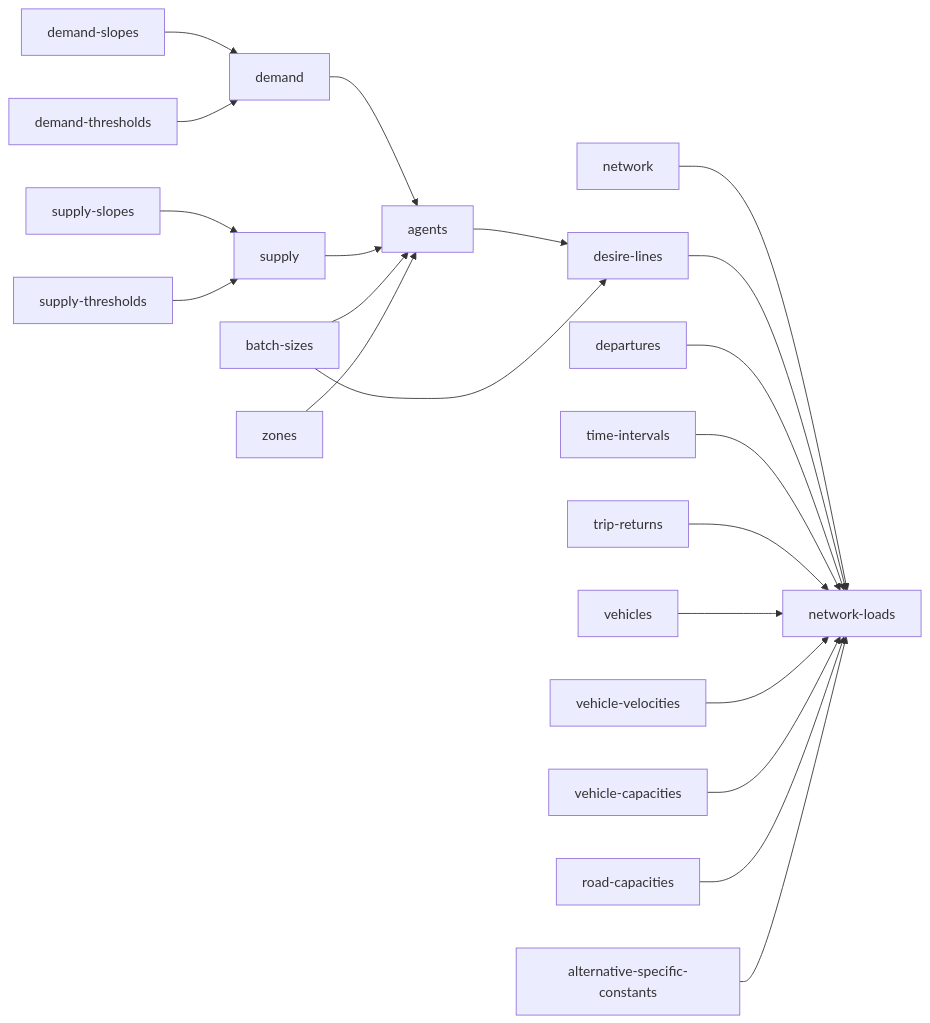
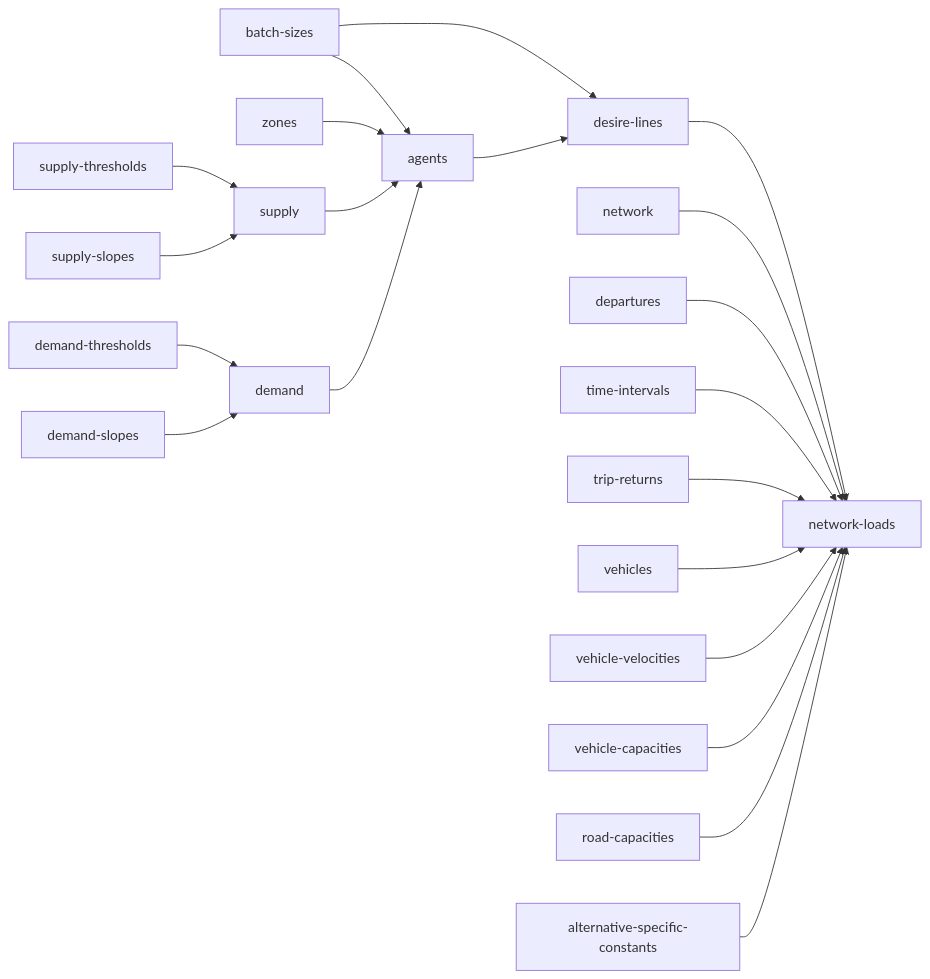
Before and after one commit to hcubasd/urban-dollop: the diagram in README.md, drawn with Mermaid. The commit also changed other lines of this file, not shown here.

Commit message:
Reorder README diagram edges to reduce arrow crossings

````diff
--- a/README.md
+++ b/README.md
@@ -3,23 +3,23 @@
 ```mermaid
 flowchart LR
+    batch_sizes[batch-sizes] --> agents
+    zones[zones] --> agents
     demand_slopes[demand-slopes] --> demand[demand]
     demand_thresholds[demand-thresholds] --> demand
     supply_slopes[supply-slopes] --> supply[supply]
     supply_thresholds[supply-thresholds] --> supply
     demand --> agents[agents]
     supply --> agents
-    batch_sizes[batch-sizes] --> agents
-    zones[zones] --> agents
     agents --> desire_lines[desire-lines]
     batch_sizes --> desire_lines
+    desire_lines --> network_loads
     network[network] --> network_loads[network-loads]
-    desire_lines --> network_loads
     departures[departures] --> network_loads
     time_intervals[time-intervals] --> network_loads
     trip_returns[trip-returns] --> network_loads
     vehicles[vehicles] --> network_loads
     vehicle_velocities[vehicle-velocities] --> network_loads
     vehicle_capacities[vehicle-capacities] --> network_loads
     road_capacities[road-capacities] --> network_loads
     alternative_specific_constants[alternative-specific-constants] --> network_loads
 ```
````
